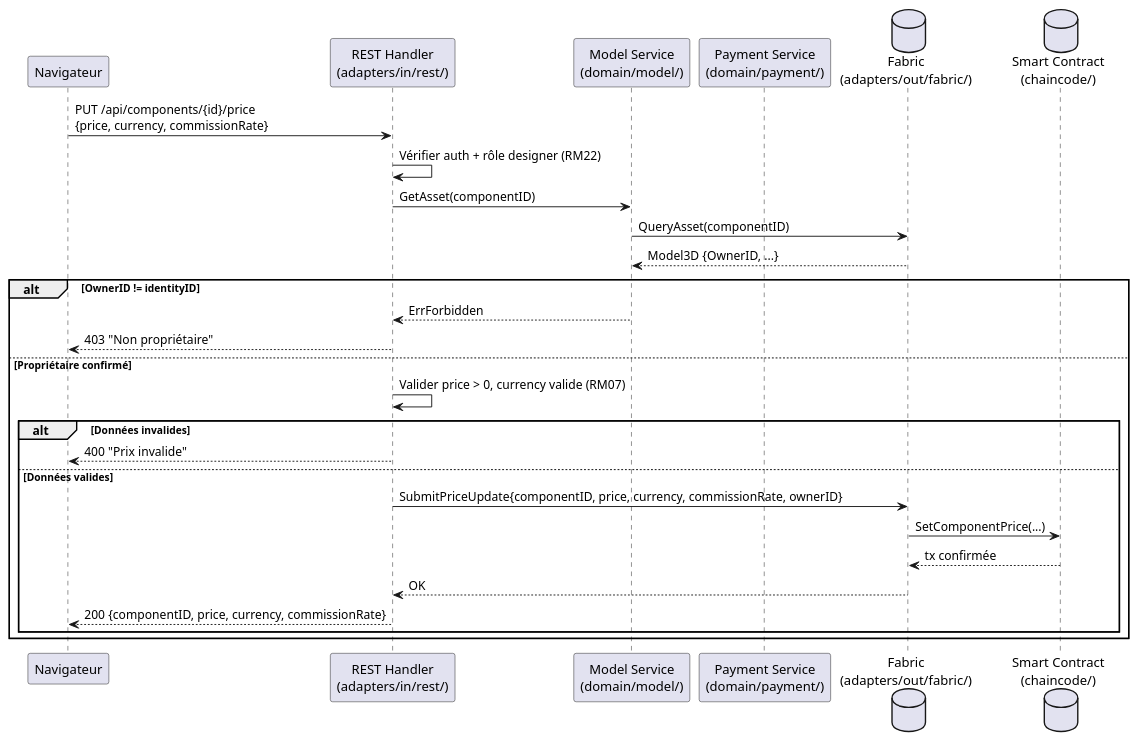
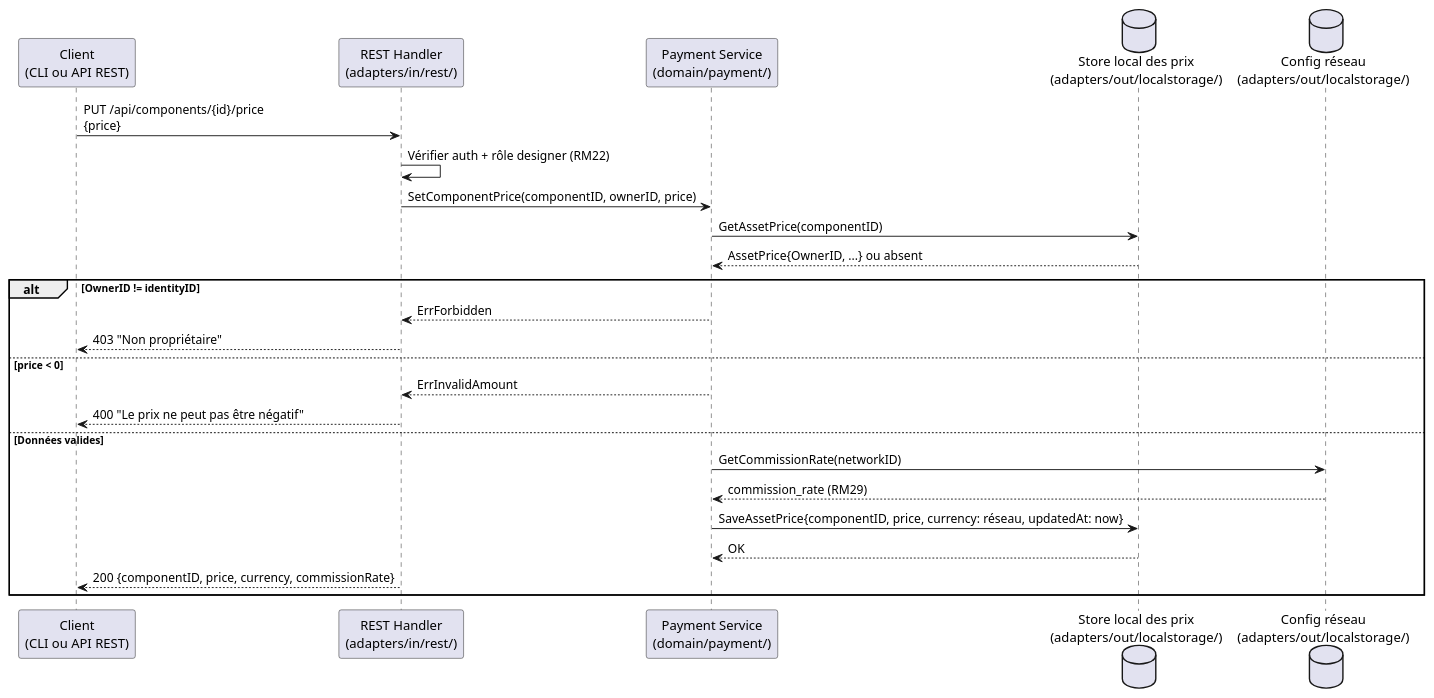
The second of 2 diagrams in specs/2-Analyse/UCPI-Propriete_Intellectuelle/UCPI04.md (olivaux/myr), drawn with PlantUML before and after one commit. The commit also changed other lines of this file and 72 other files, not shown here.

````diff
--- a/specs/2-Analyse/UCPI-Propriete_Intellectuelle/UCPI04.md
+++ b/specs/2-Analyse/UCPI-Propriete_Intellectuelle/UCPI04.md
@@ -93,35 +93,31 @@
 ```plantuml
 @startuml
-participant "Navigateur" as Browser
+participant "Client\n(CLI ou API REST)" as Browser
 participant "REST Handler\n(adapters/in/rest/)" as REST
-participant "Model Service\n(domain/model/)" as ModelSvc
 participant "Payment Service\n(domain/payment/)" as PaySvc
-database "Fabric\n(adapters/out/fabric/)" as Fabric
-database "Smart Contract\n(chaincode/)" as CC
+database "Store local des prix\n(adapters/out/localstorage/)" as Local
+database "Config réseau\n(adapters/out/localstorage/)" as NetCfg
 
-Browser -> REST : PUT /api/components/{id}/price\n{price, currency, commissionRate}
+Browser -> REST : PUT /api/components/{id}/price\n{price}
 REST -> REST : Vérifier auth + rôle designer (RM22)
-REST -> ModelSvc : GetAsset(componentID)
-ModelSvc -> Fabric : QueryAsset(componentID)
-Fabric --> ModelSvc : Model3D {OwnerID, ...}
+REST -> PaySvc : SetComponentPrice(componentID, ownerID, price)
+PaySvc -> Local : GetAssetPrice(componentID)
+Local --> PaySvc : AssetPrice{OwnerID, ...} ou absent
 
 alt OwnerID != identityID
-    ModelSvc --> REST : ErrForbidden
+    PaySvc --> REST : ErrForbidden
     REST --> Browser : 403 "Non propriétaire"
-else Propriétaire confirmé
-    REST -> REST : Valider price > 0, currency valide (RM07)
+else price < 0
+    PaySvc --> REST : ErrInvalidAmount
+    REST --> Browser : 400 "Le prix ne peut pas être négatif"
+else Données valides
+    PaySvc -> NetCfg : GetCommissionRate(networkID)
+    NetCfg --> PaySvc : commission_rate (RM29)
+    PaySvc -> Local : SaveAssetPrice{componentID, price, currency: réseau, updatedAt: now}
+    Local --> PaySvc : OK
 
-    alt Données invalides
-        REST --> Browser : 400 "Prix invalide"
-    else Données valides
-        REST -> Fabric : SubmitPriceUpdate{componentID, price, currency, commissionRate, ownerID}
-        Fabric -> CC : SetComponentPrice(...)
-        CC --> Fabric : tx confirmée
-        Fabric --> REST : OK
-
-        REST --> Browser : 200 {componentID, price, currency, commissionRate}
-    end
+    REST --> Browser : 200 {componentID, price, currency, commissionRate}
 end
 
 @enduml
 ```
````
